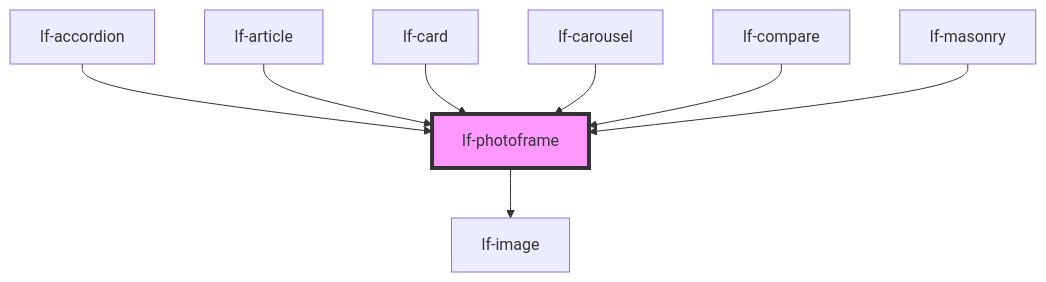
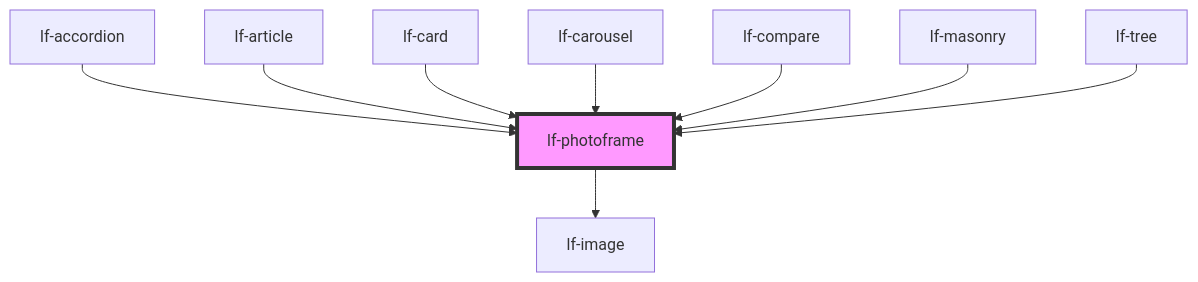
One commit to lucafoscili/lf-widgets changed the diagram in packages/core/src/components/lf-photoframe/readme.md. Above: the diagram before and after it, drawn with Mermaid. The commit also changed other lines of this file and 17 other files, not shown here.

````diff
--- a/packages/core/src/components/lf-photoframe/readme.md
+++ b/packages/core/src/components/lf-photoframe/readme.md
@@ -110,11 +111,12 @@
 ```mermaid
 graph TD;
   lf-photoframe --> lf-image
   lf-accordion --> lf-photoframe
   lf-article --> lf-photoframe
   lf-card --> lf-photoframe
   lf-carousel --> lf-photoframe
   lf-compare --> lf-photoframe
   lf-masonry --> lf-photoframe
+  lf-tree --> lf-photoframe
   style lf-photoframe fill:#f9f,stroke:#333,stroke-width:4px
 ```
````
